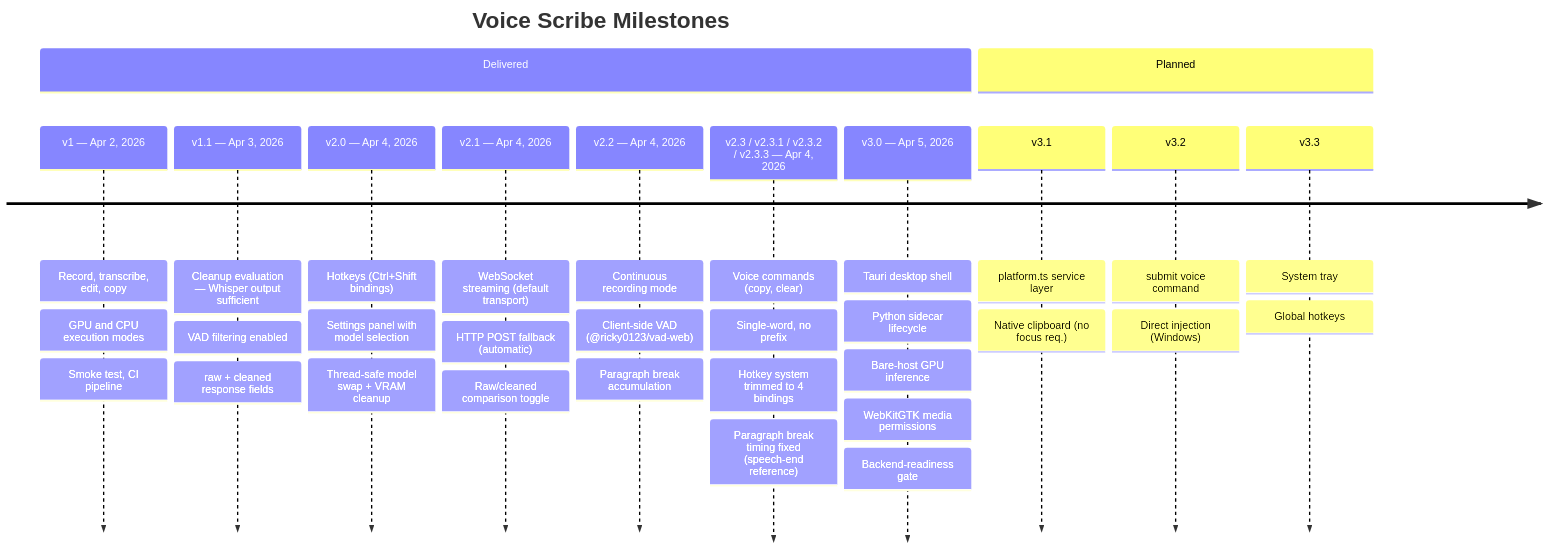
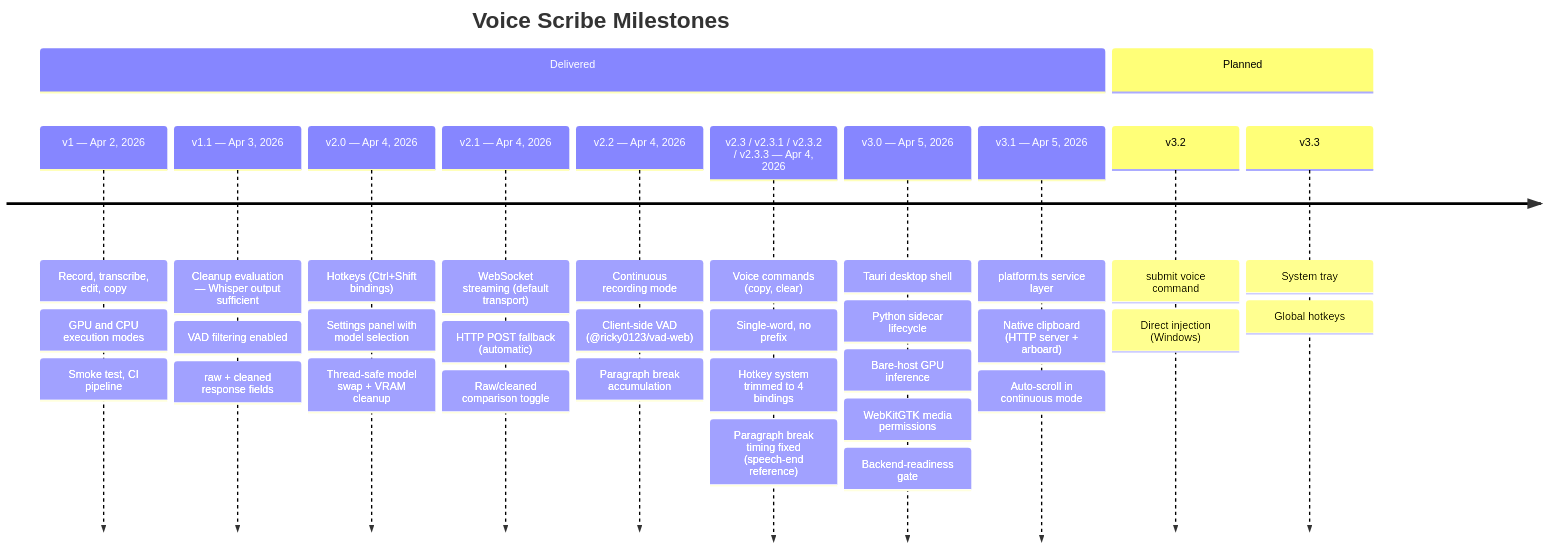
The diagram in docs/diagrams/milestone-timeline.mmd (JohnYanez95/voice-scribe), drawn with Mermaid before and after one commit. The commit also changed 7 other files, not shown here.

First line of the commit message:
docs: v3 deck TikZ→Mermaid, v3.1 slide correction, milestone update

```diff
--- a/docs/diagrams/milestone-timeline.mmd
+++ b/docs/diagrams/milestone-timeline.mmd
@@ -1,44 +1,45 @@
 timeline
     title Voice Scribe Milestones
     section Delivered
         v1 — Apr 2, 2026
             : Record, transcribe, edit, copy
             : GPU and CPU execution modes
             : Smoke test, CI pipeline
         v1.1 — Apr 3, 2026
             : Cleanup evaluation — Whisper output sufficient
             : VAD filtering enabled
             : raw + cleaned response fields
         v2.0 — Apr 4, 2026
             : Hotkeys (Ctrl+Shift bindings)
             : Settings panel with model selection
             : Thread-safe model swap + VRAM cleanup
         v2.1 — Apr 4, 2026
             : WebSocket streaming (default transport)
             : HTTP POST fallback (automatic)
             : Raw/cleaned comparison toggle
         v2.2 — Apr 4, 2026
             : Continuous recording mode
             : Client-side VAD (@ricky0123/vad-web)
             : Paragraph break accumulation
         v2.3 / v2.3.1 / v2.3.2 / v2.3.3 — Apr 4, 2026
             : Voice commands (copy, clear)
             : Single-word, no prefix
             : Hotkey system trimmed to 4 bindings
             : Paragraph break timing fixed (speech-end reference)
         v3.0 — Apr 5, 2026
             : Tauri desktop shell
             : Python sidecar lifecycle
             : Bare-host GPU inference
             : WebKitGTK media permissions
             : Backend-readiness gate
+        v3.1 — Apr 5, 2026
+            : platform.ts service layer
+            : Native clipboard (HTTP server + arboard)
+            : Auto-scroll in continuous mode
     section Planned
-        v3.1
-            : platform.ts service layer
-            : Native clipboard (no focus req.)
         v3.2
             : submit voice command
             : Direct injection (Windows)
         v3.3
             : System tray
             : Global hotkeys
```
